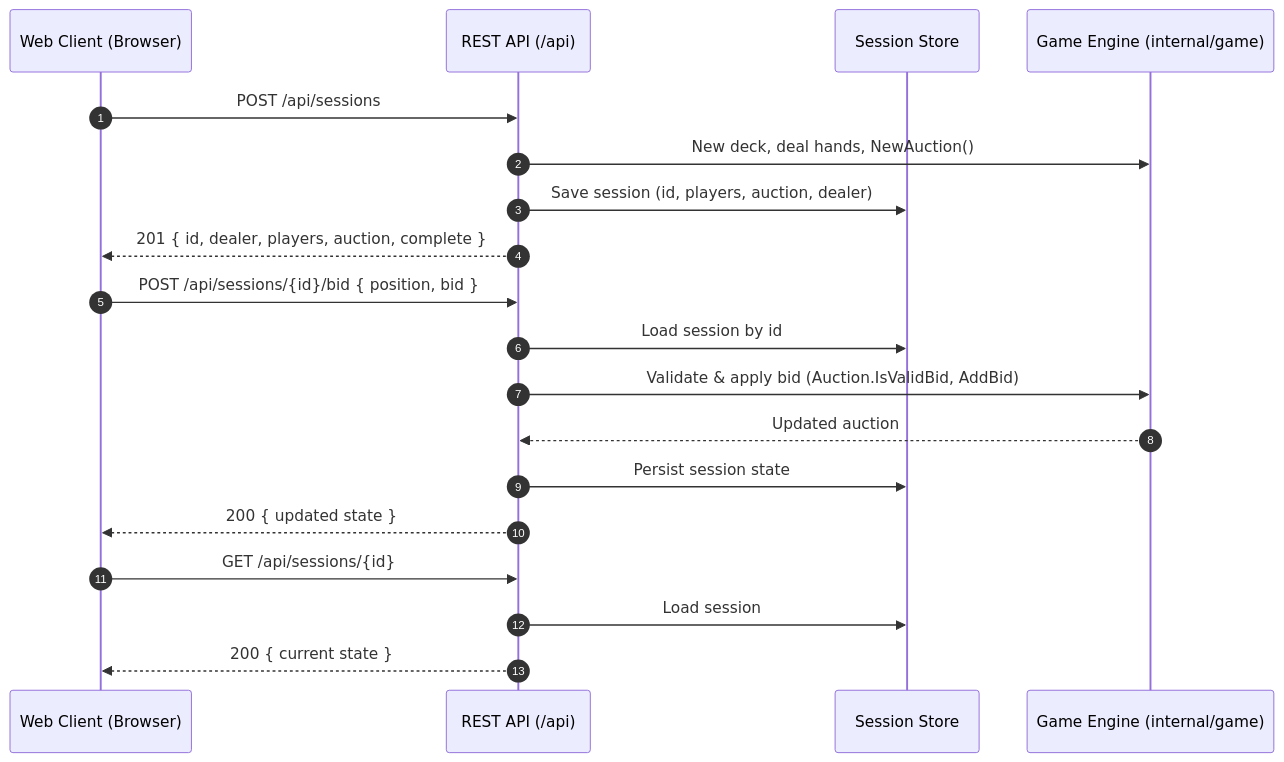
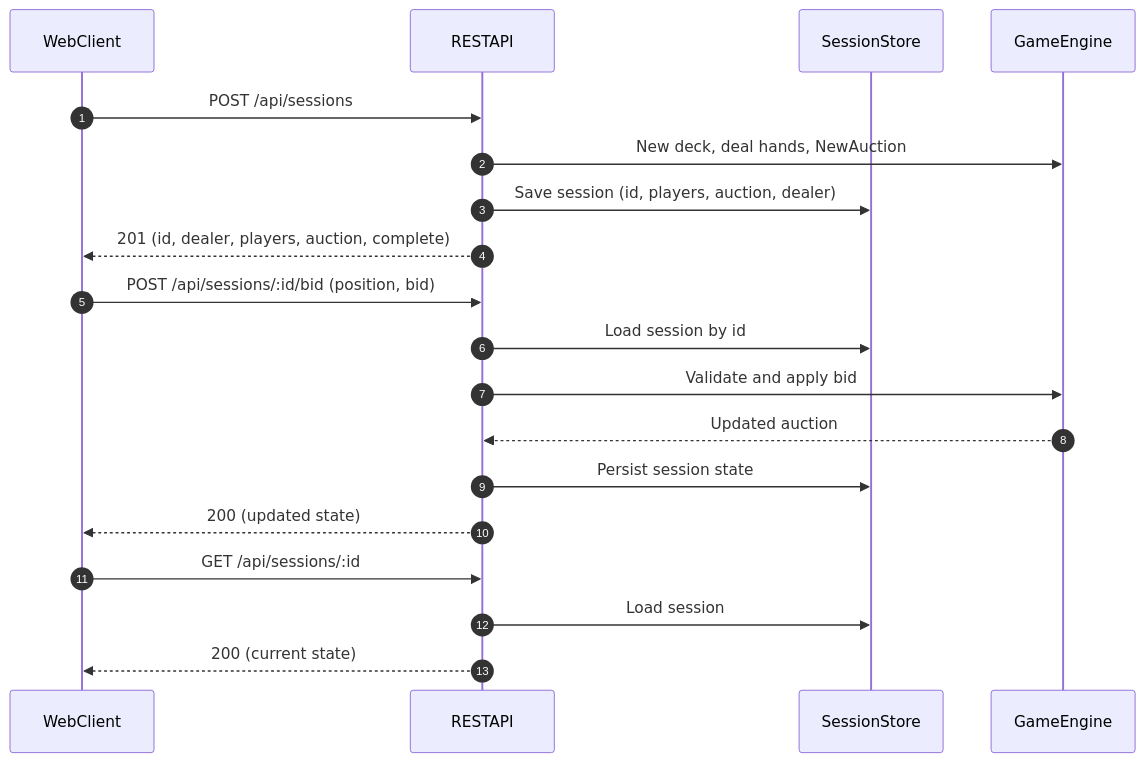
One commit to marekforys/bridge-bid-tutor-go changed the second of 2 diagrams in README.md. Above: the diagram before and after it, drawn with Mermaid. The commit also changed other lines of this file, not shown here.

Commit message:
docs: fix Mermaid diagrams for GitHub rendering

````diff
--- a/README.md
+++ b/README.md
@@ -207,24 +212,24 @@
 ```mermaid
 sequenceDiagram
   autonumber
-  participant W as Web Client (Browser)
-  participant A as REST API (/api)
-  participant S as Session Store
-  participant G as Game Engine (internal/game)
+  participant W as WebClient
+  participant A as RESTAPI
+  participant S as SessionStore
+  participant G as GameEngine
 
   W->>A: POST /api/sessions
-  A->>G: New deck, deal hands, NewAuction()
+  A->>G: New deck, deal hands, NewAuction
   A->>S: Save session (id, players, auction, dealer)
-  A-->>W: 201 { id, dealer, players, auction, complete }
+  A-->>W: 201 (id, dealer, players, auction, complete)
 
-  W->>A: POST /api/sessions/{id}/bid { position, bid }
+  W->>A: POST /api/sessions/:id/bid (position, bid)
   A->>S: Load session by id
-  A->>G: Validate & apply bid (Auction.IsValidBid, AddBid)
+  A->>G: Validate and apply bid
   G-->>A: Updated auction
   A->>S: Persist session state
-  A-->>W: 200 { updated state }
+  A-->>W: 200 (updated state)
 
-  W->>A: GET /api/sessions/{id}
+  W->>A: GET /api/sessions/:id
   A->>S: Load session
-  A-->>W: 200 { current state }
+  A-->>W: 200 (current state)
 ```
````
